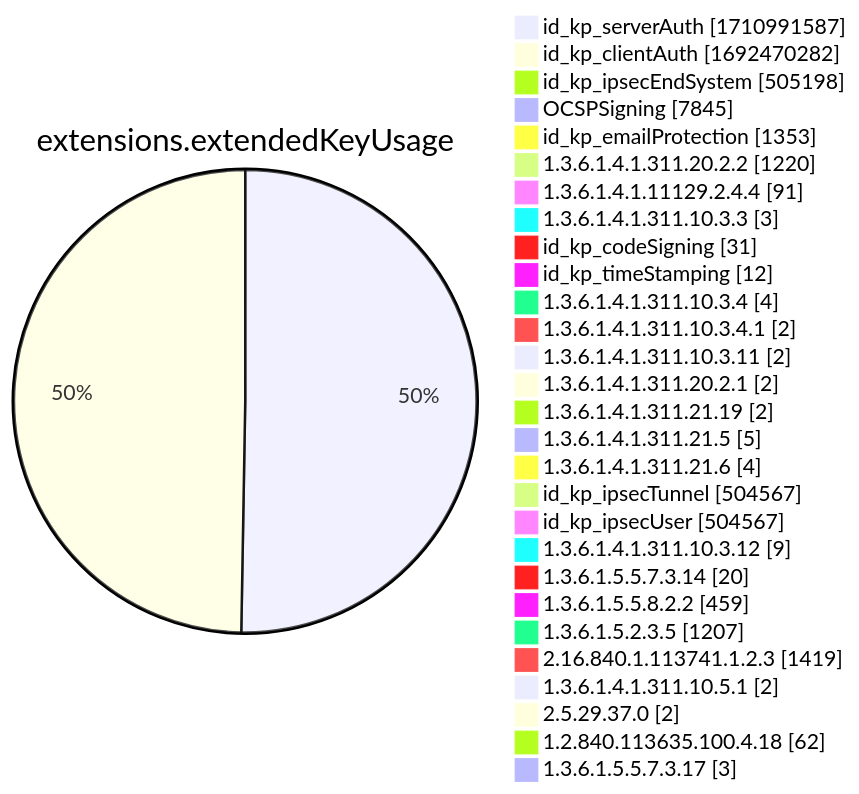
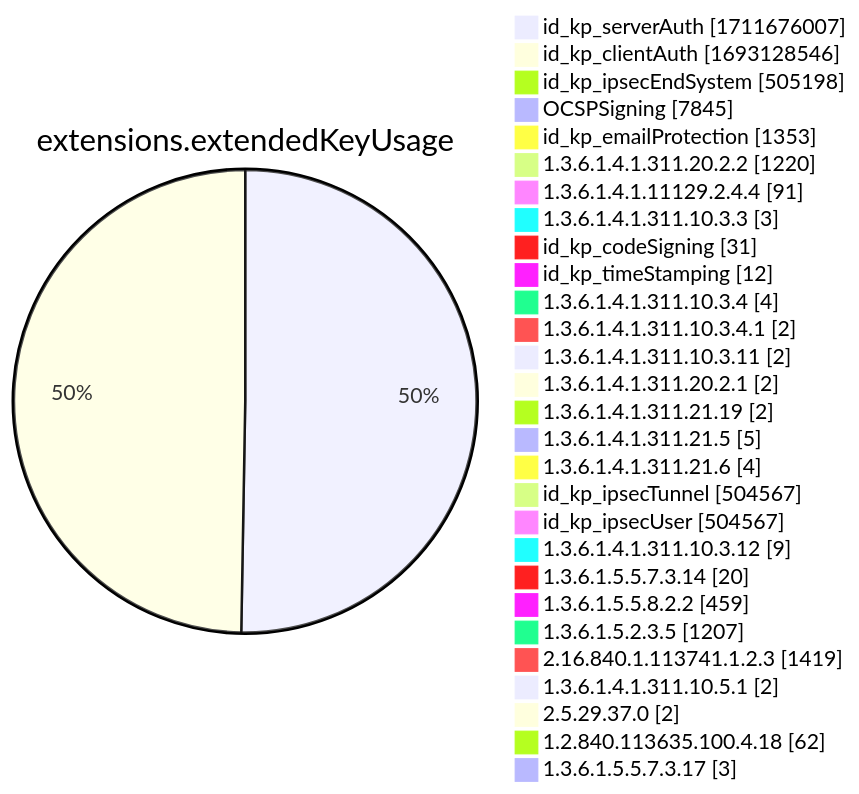
Before and after one commit to christiankrug/ctmonitor_visualization: diagram 12 of 15 in xenon2022/README.md, drawn with Mermaid. The commit also changed other lines of this file, not shown here.

````diff
--- a/xenon2022/README.md
+++ b/xenon2022/README.md
@@ -3888,32 +3888,32 @@
 ```mermaid
 pie showData
 title extensions.extendedKeyUsage
-"id_kp_serverAuth" :1710991587
-"id_kp_clientAuth" :1692470282
+"id_kp_serverAuth" :1711676007
+"id_kp_clientAuth" :1693128546
 "id_kp_ipsecEndSystem" :505198
 "OCSPSigning" :7845
 "id_kp_emailProtection" :1353
 "1.3.6.1.4.1.311.20.2.2" :1220
 "1.3.6.1.4.1.11129.2.4.4" :91
 "1.3.6.1.4.1.311.10.3.3" :3
 "id_kp_codeSigning" :31
 "id_kp_timeStamping" :12
 "1.3.6.1.4.1.311.10.3.4" :4
 "1.3.6.1.4.1.311.10.3.4.1" :2
 "1.3.6.1.4.1.311.10.3.11" :2
 "1.3.6.1.4.1.311.20.2.1" :2
 "1.3.6.1.4.1.311.21.19" :2
 "1.3.6.1.4.1.311.21.5" :5
 "1.3.6.1.4.1.311.21.6" :4
 "id_kp_ipsecTunnel" :504567
 "id_kp_ipsecUser" :504567
 "1.3.6.1.4.1.311.10.3.12" :9
 "1.3.6.1.5.5.7.3.14" :20
 "1.3.6.1.5.5.8.2.2" :459
 "1.3.6.1.5.2.3.5" :1207
 "2.16.840.1.113741.1.2.3" :1419
 "1.3.6.1.4.1.311.10.5.1" :2
 "2.5.29.37.0" :2
 "1.2.840.113635.100.4.18" :62
 "1.3.6.1.5.5.7.3.17" :3
 ```
````
